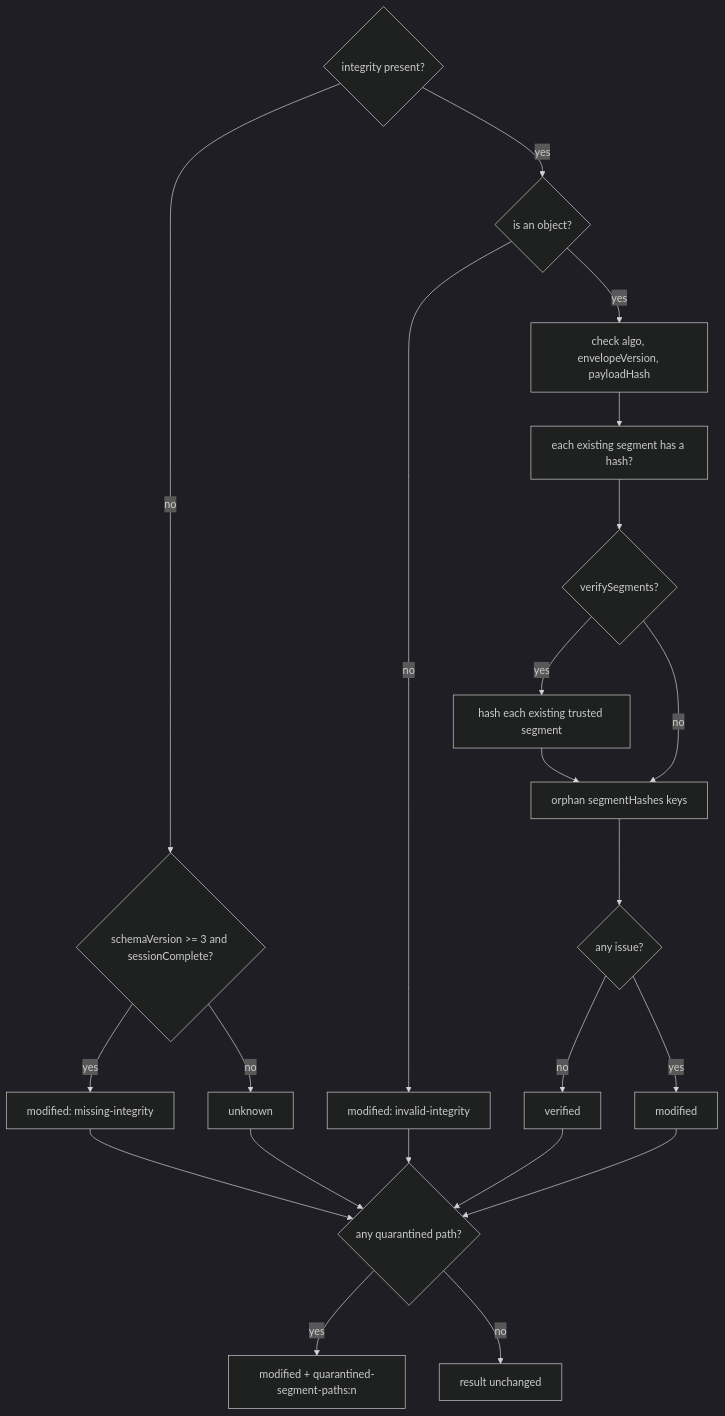
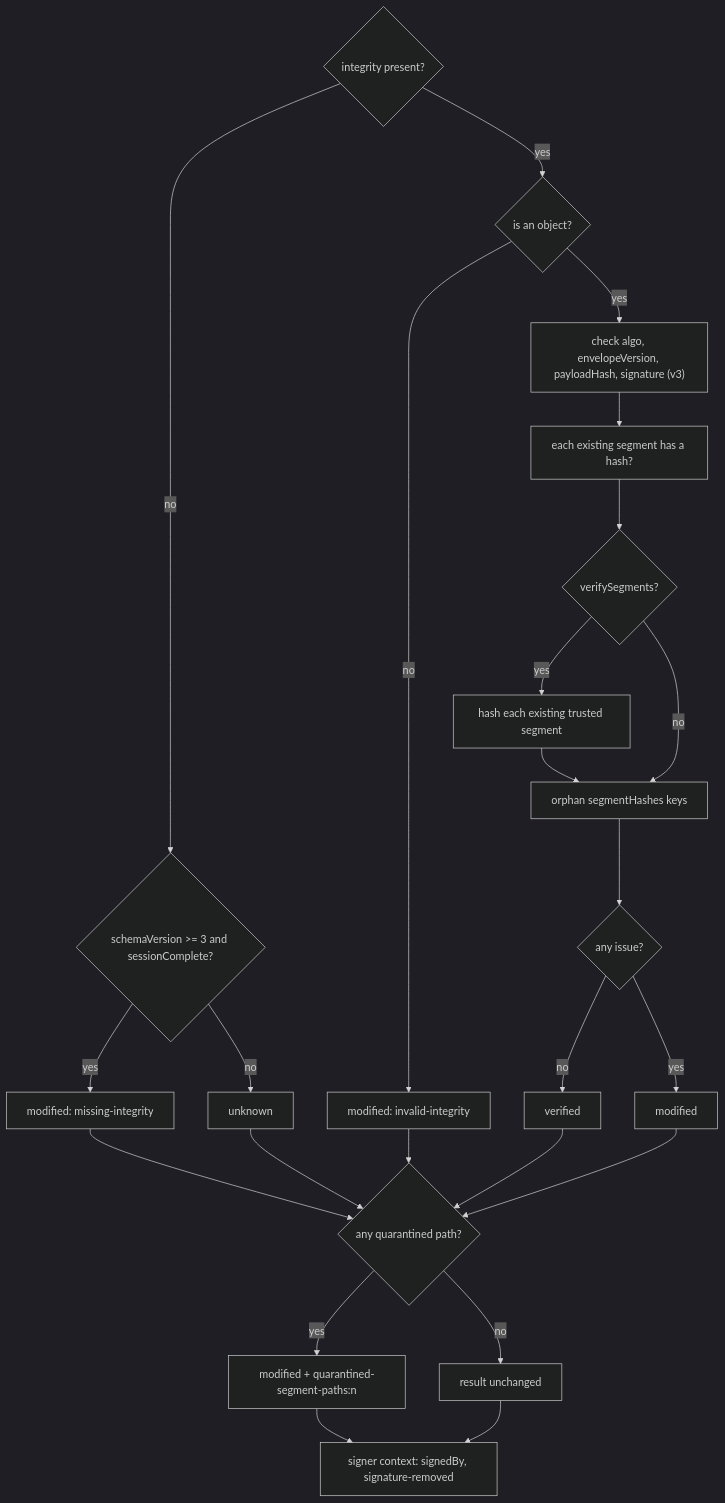
One commit to Sarthak195/MotoCam changed the diagram in docs/data-formats.md. Above: the diagram before and after it, drawn with Mermaid (dark theme). The commit also changed other lines of this file and 10 other files, not shown here.

First line of the commit message:
docs(integrity): envelope v3, the integrity channel, who signed and its limits (F032)

````diff
--- a/docs/data-formats.md
+++ b/docs/data-formats.md
@@ -361,24 +382,26 @@
 ```mermaid
 flowchart TD
   A{"integrity present?"} -- no --> S{"schemaVersion >= 3 and sessionComplete?"}
   S -- yes --> MI["modified: missing-integrity"]
   S -- no --> U[unknown]
   A -- yes --> O{"is an object?"}
   O -- no --> II["modified: invalid-integrity"]
-  O -- yes --> B["check algo, envelopeVersion, payloadHash"]
+  O -- yes --> B["check algo, envelopeVersion, payloadHash, signature (v3)"]
   B --> D["each existing segment has a hash?"]
   D --> C{"verifySegments?"}
   C -- yes --> H[hash each existing trusted segment]
   C -- no --> E[orphan segmentHashes keys]
   H --> E
   E --> F{"any issue?"}
   F -- no --> V[verified]
   F -- yes --> M[modified]
   U --> Q{"any quarantined path?"}
   V --> Q
   M --> Q
   MI --> Q
   II --> Q
   Q -- yes --> M2["modified + quarantined-segment-paths:n"]
   Q -- no --> R[result unchanged]
+  M2 --> SC["signer context: signedBy, signature-removed"]
+  R --> SC
 ```
````
